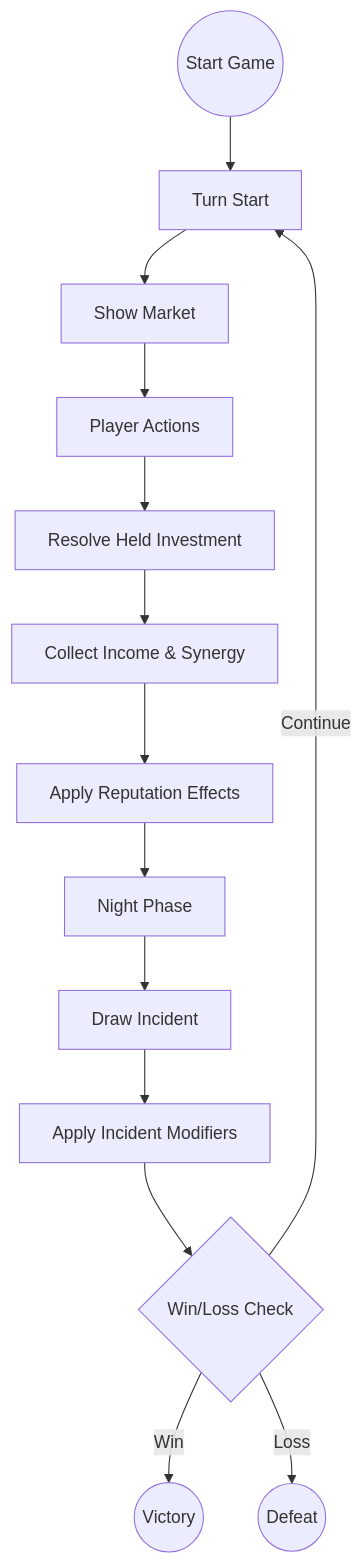
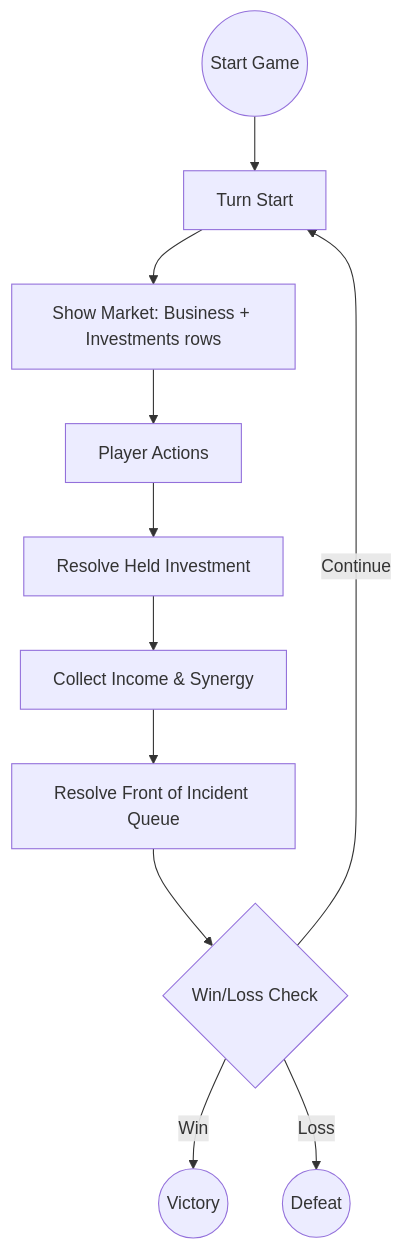
The second of 2 diagrams in docs/main-street/core-rules-and-mechanics.md (TheWizardsCode/Tableau-Card-Engine), drawn with Mermaid before and after one commit. The commit also changed other lines of this file and 4 other files, not shown here.

````diff
--- a/docs/main-street/core-rules-and-mechanics.md
+++ b/docs/main-street/core-rules-and-mechanics.md
@@ -230,16 +233,13 @@
 ```mermaid
 flowchart TD
     Start((Start Game)) --> TurnStart[Turn Start]
-    TurnStart --> Market[Show Market]
+    TurnStart --> Market[Show Market: Business + Investments rows]
     Market --> Actions[Player Actions]
     Actions --> ResolveInvestment[Resolve Held Investment]
     ResolveInvestment --> Income[Collect Income & Synergy]
-    Income --> Reputation[Apply Reputation Effects]
-    Reputation --> NightStart[Night Phase]
-    NightStart --> DrawIncident[Draw Incident]
-    DrawIncident --> NightIncome[Apply Incident Modifiers]
-    NightIncome --> EndCheck{Win/Loss Check}
+    Income --> Incident[Resolve Front of Incident Queue]
+    Incident --> EndCheck{Win/Loss Check}
     EndCheck -->|Win| EndWin((Victory))
     EndCheck -->|Loss| EndLoss((Defeat))
     EndCheck -->|Continue| TurnStart
 ```
````
